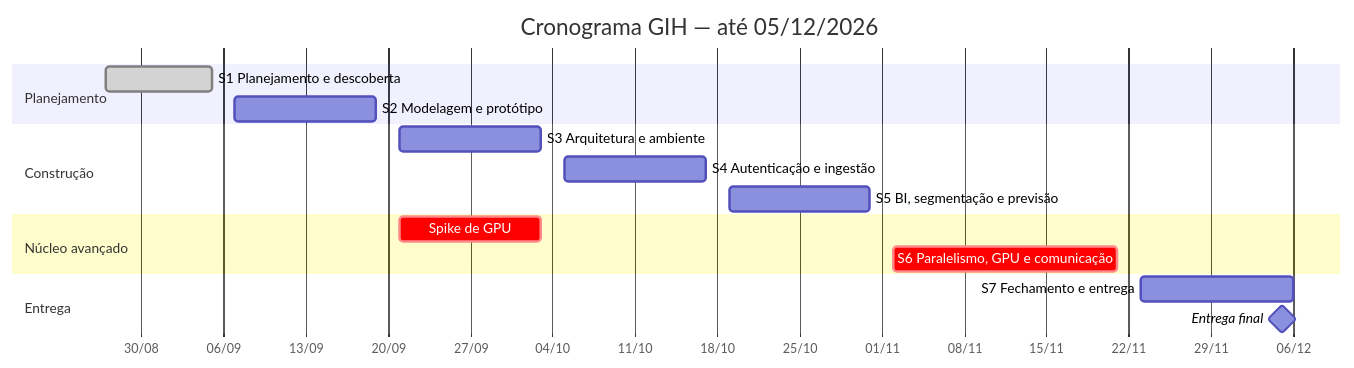
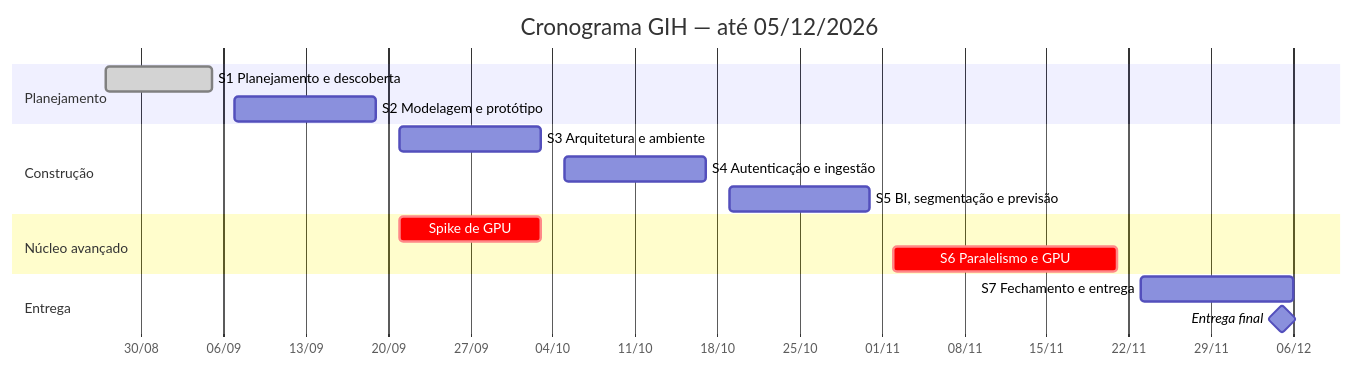
Before and after one commit to PedroMiranda243/gih-fabrica-de-software: the diagram in docs/05-cronograma.md, drawn with Mermaid. The commit also changed other lines of this file and 6 other files, not shown here.

````diff
--- a/docs/05-cronograma.md
+++ b/docs/05-cronograma.md
@@ -43,23 +43,23 @@
 ```mermaid
 gantt
     title Cronograma GIH — até 05/12/2026
     dateFormat YYYY-MM-DD
     axisFormat %d/%m
 
     section Planejamento
     S1 Planejamento e descoberta      :done, s1, 2026-08-27, 2026-09-05
     S2 Modelagem e protótipo          :s2, 2026-09-07, 12d
 
     section Construção
     S3 Arquitetura e ambiente         :s3, 2026-09-21, 12d
     S4 Autenticação e ingestão        :s4, 2026-10-05, 12d
     S5 BI, segmentação e previsão     :s5, 2026-10-19, 12d
 
     section Núcleo avançado
     Spike de GPU                      :crit, spike, 2026-09-21, 12d
-    S6 Paralelismo, GPU e comunicação :crit, s6, 2026-11-02, 19d
+    S6 Paralelismo e GPU              :crit, s6, 2026-11-02, 19d
 
     section Entrega
     S7 Fechamento e entrega           :s7, 2026-11-23, 13d
     Entrega final                     :milestone, m1, 2026-12-05, 0d
 ```
````
